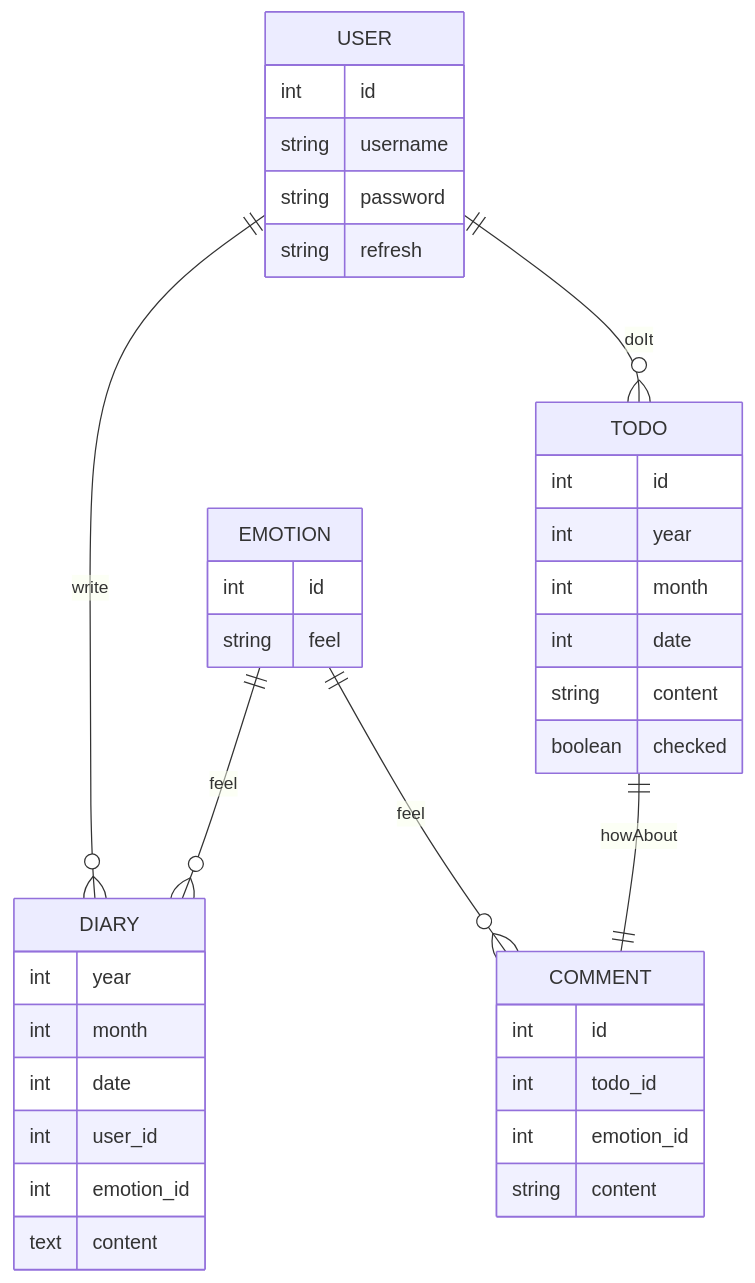
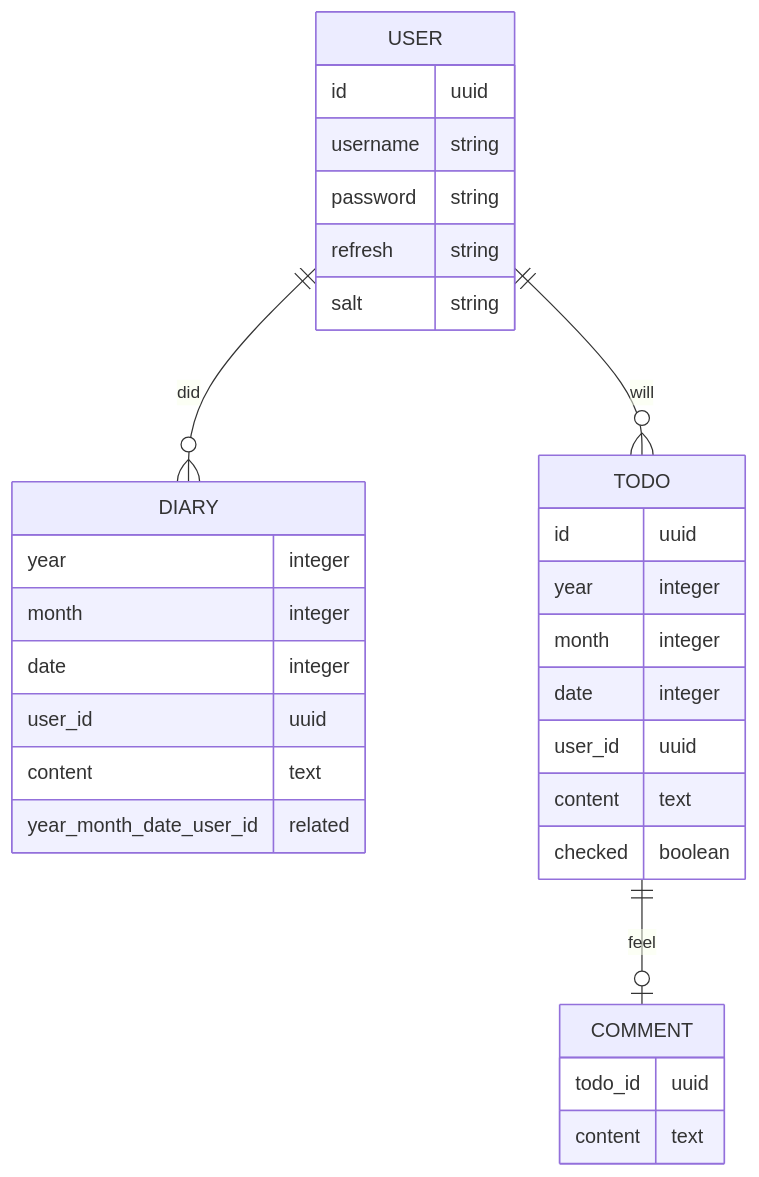
One commit to 2chanhaeng/today-sky-be changed the diagram in README.md. Above: the diagram before and after it, drawn with Mermaid.

Commit message:
fix: fix diagram

````diff
--- a/README.md
+++ b/README.md
@@ -100,40 +100,34 @@
 ```mermaid
 erDiagram
   USER {
-    int id
-    string username
-    string password
-    string refresh
+    id uuid
+    username string
+    password string
+    refresh string
+    salt string
   }
   DIARY {
-    int year
-    int month
-    int date
-    int user_id
-    int emotion_id
-    text content
+    year integer
+    month integer
+    date integer
+    user_id uuid
+    content text
+    year_month_date_user_id related
   }
   TODO {
-    int id
-    int year
-    int month
-    int date
-    string content
-    boolean checked
+    id uuid
+    year integer
+    month integer
+    date integer
+    user_id uuid
+    content text
+    checked boolean
   }
   COMMENT {
-    int id
-    int todo_id
-    int emotion_id
-    string content
+    todo_id uuid
+    content text
   }
-  EMOTION {
-    int id
-    string feel
-  }
-  USER ||--o{ DIARY : write
-  USER ||--o{ TODO : doIt
-  EMOTION ||--o{ DIARY : feel
-  EMOTION ||--o{ COMMENT : feel
-  TODO ||--|| COMMENT : howAbout
+  USER ||--o{ DIARY : did
+  USER ||--o{ TODO : will
+  TODO ||--o| COMMENT : feel
 ```
````
